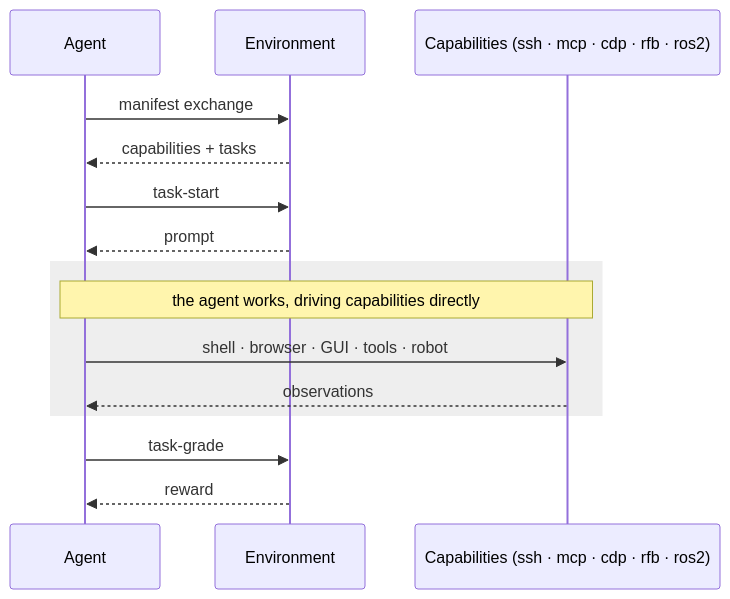
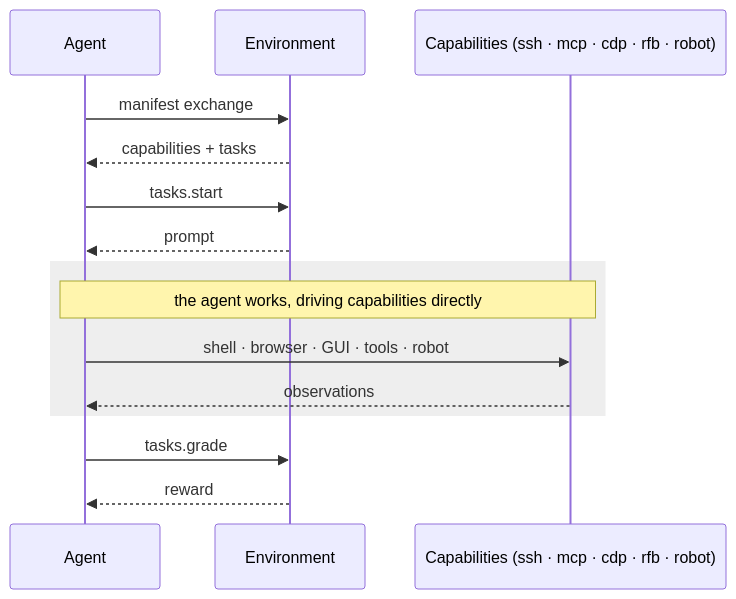
Before and after one commit to hud-evals/hud-python: the diagram in README.md, drawn with Mermaid. The commit also changed other lines of this file and 8 other files, not shown here.

````diff
--- a/README.md
+++ b/README.md
@@ -49,17 +50,17 @@
 ```mermaid
 sequenceDiagram
     participant Agent
     participant Env as Environment
-    participant Caps as Capabilities (ssh · mcp · cdp · rfb · ros2)
+    participant Caps as Capabilities (ssh · mcp · cdp · rfb · robot)
     Agent->>Env: manifest exchange
     Env-->>Agent: capabilities + tasks
-    Agent->>Env: task-start
+    Agent->>Env: tasks.start
     Env-->>Agent: prompt
     rect rgb(238,238,238)
     Note over Agent,Caps: the agent works, driving capabilities directly
     Agent->>Caps: shell · browser · GUI · tools · robot
     Caps-->>Agent: observations
     end
-    Agent->>Env: task-grade
+    Agent->>Env: tasks.grade
     Env-->>Agent: reward
 ```
````
